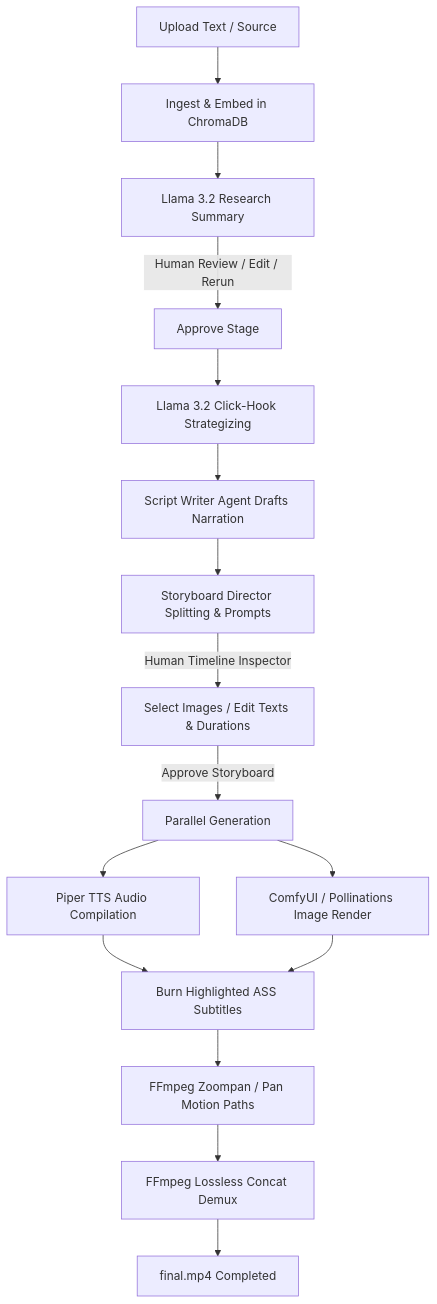
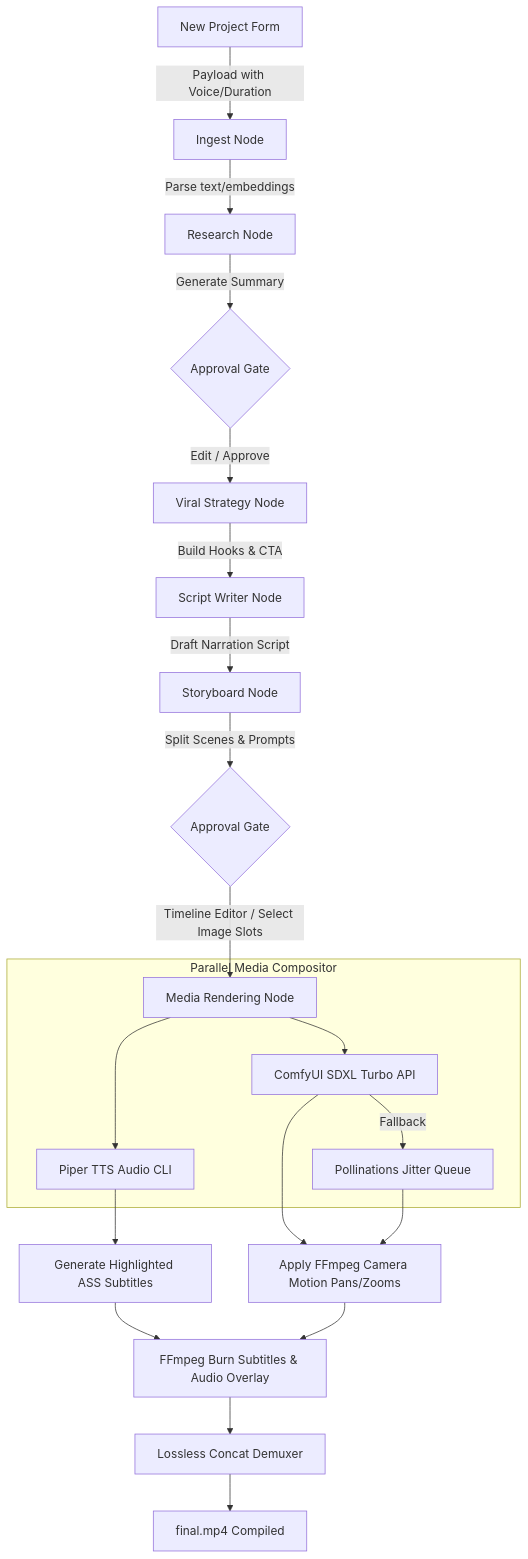
Before and after one commit to jishuchanda-cpu/OwnWave-Studio: the first of 3 diagrams in README.md, drawn with Mermaid. The commit also changed other lines of this file, not shown here.

````diff
--- a/README.md
+++ b/README.md
@@ -131,18 +93,25 @@
 ```mermaid
-graph TD
-    A[Upload Text / Source] --> B[Ingest & Embed in ChromaDB]
-    B --> C[Llama 3.2 Research Summary]
-    C -->|Human Review / Edit / Rerun| D[Approve Stage]
-    D --> E[Llama 3.2 Click-Hook Strategizing]
-    E --> F[Script Writer Agent Drafts Narration]
-    F --> G[Storyboard Director Splitting & Prompts]
-    G -->|Human Timeline Inspector| H[Select Images / Edit Texts & Durations]
-    H -->|Approve Storyboard| I[Parallel Generation]
-    I --> J[Piper TTS Audio Compilation]
-    I --> K[ComfyUI / Pollinations Image Render]
-    J --> L[Burn Highlighted ASS Subtitles]
-    K --> L
-    L --> M[FFmpeg Zoompan / Pan Motion Paths]
-    M --> N[FFmpeg Lossless Concat Demux]
-    N --> O[final.mp4 Completed]
+flowchart TD
+    A[New Project Form] -->|Payload with Voice/Duration| B[Ingest Node]
+    B -->|Parse text/embeddings| C[Research Node]
+    C -->|Generate Summary| D{Approval Gate}
+    D -->|Edit / Approve| E[Viral Strategy Node]
+    E -->|Build Hooks & CTA| F[Script Writer Node]
+    F -->|Draft Narration Script| G[Storyboard Node]
+    G -->|Split Scenes & Prompts| H{Approval Gate}
+    H -->|Timeline Editor / Select Image Slots| I[Media Rendering Node]
+    
+    subgraph Parallel Media Compositor
+        I --> J[Piper TTS Audio CLI]
+        I --> K[ComfyUI SDXL Turbo API]
+        K -->|Fallback| L[Pollinations Jitter Queue]
+    end
+    
+    J --> M[Generate Highlighted ASS Subtitles]
+    K --> N[Apply FFmpeg Camera Motion Pans/Zooms]
+    L --> N
+    M --> O[FFmpeg Burn Subtitles & Audio Overlay]
+    N --> O
+    O --> P[Lossless Concat Demuxer]
+    P --> Q[final.mp4 Compiled]
 ```
````
